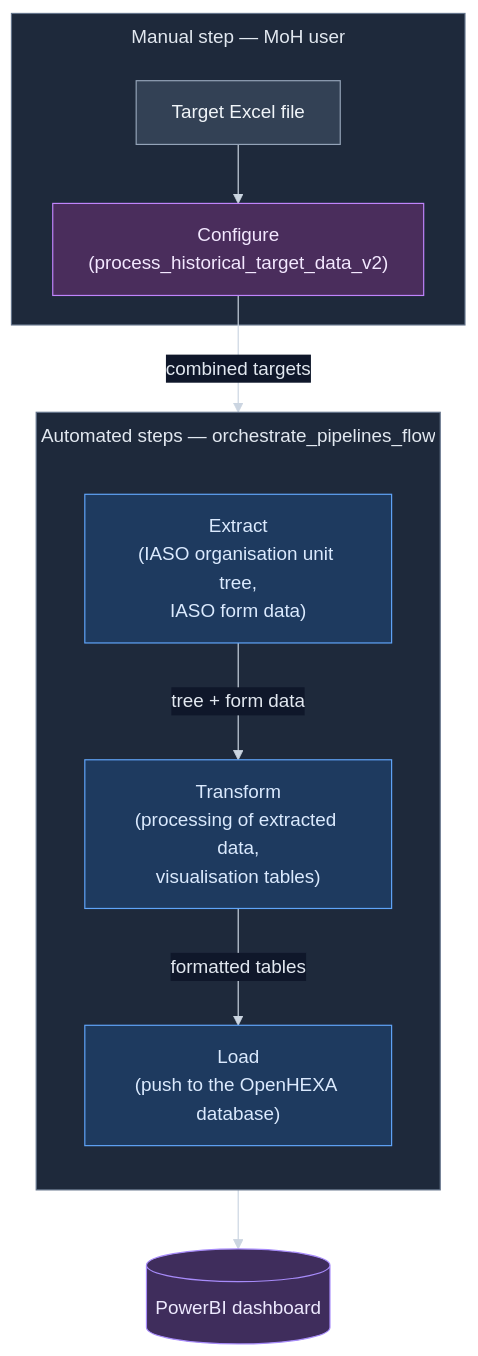
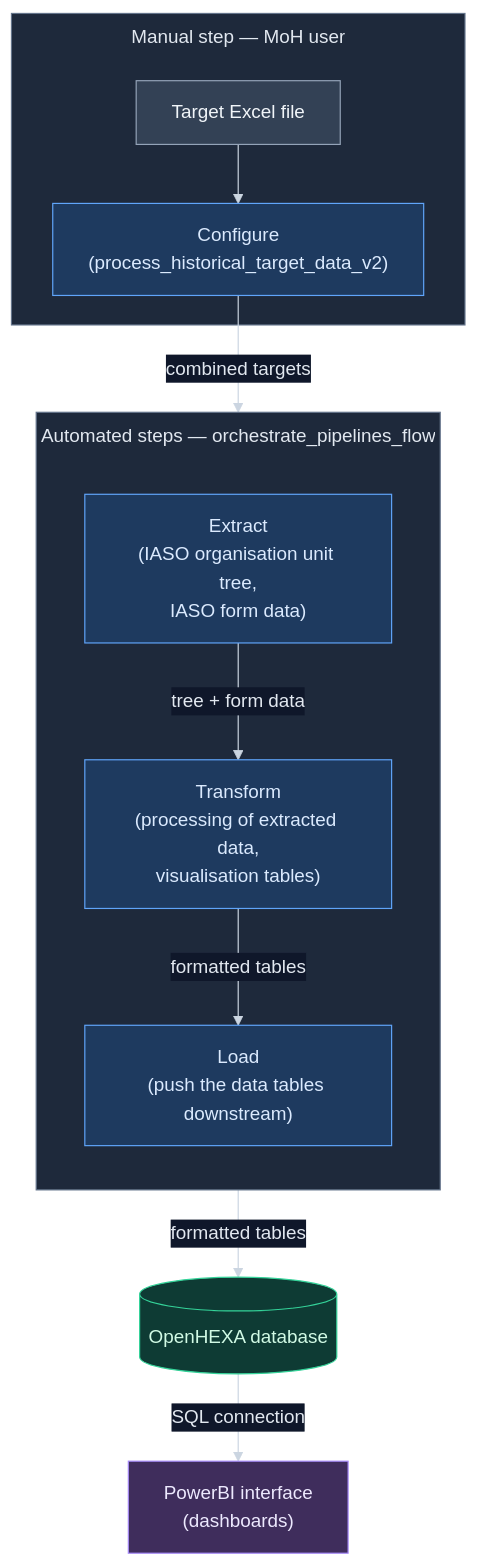
The diagram in docs/ARCHITECTURE.md (BLSQ/openhexa-pipelines-risp-niger-multicampaign), drawn with Mermaid before and after one commit. The commit also changed other lines of this file, not shown here.

Commit message:
adjusted flowchart of ARCHITECTURE

````diff
--- a/docs/ARCHITECTURE.md
+++ b/docs/ARCHITECTURE.md
@@ -111,44 +111,46 @@
 ```mermaid
 %%{init: {
   "theme": "base",
   "themeVariables": {
     "background": "#0f172a",
     "primaryColor": "#1e293b",
     "primaryTextColor": "#e2e8f0",
     "primaryBorderColor": "#94a3b8",
     "lineColor": "#cbd5e1",
     "textColor": "#e2e8f0",
     "clusterBkg": "#1e293b",
     "clusterBorder": "#64748b",
     "edgeLabelBackground": "#0f172a",
     "tertiaryTextColor": "#e2e8f0",
     "fontSize": "16px"
   },
   "flowchart": {"subGraphTitleMargin": {"top": 8, "bottom": 24}}
 }}%%
 flowchart TD
     subgraph MANUAL["Manual step — MoH user"]
         EXCEL["Target Excel file"]
         CONFIGURE["Configure<br/>(process_historical_target_data_v2)"]
         EXCEL --> CONFIGURE
     end
 
     subgraph AUTO["Automated steps — orchestrate_pipelines_flow"]
         direction TB
         EXTRACT["Extract<br/>(IASO organisation unit tree,<br/>IASO form data)"]
         TRANSFORM["Transform<br/>(processing of extracted data,<br/>visualisation tables)"]
-        LOAD["Load<br/>(push to the OpenHEXA database)"]
+        LOAD["Load<br/>(push the data tables downstream)"]
         EXTRACT -->|"tree + form data"| TRANSFORM
         TRANSFORM -->|"formatted tables"| LOAD
     end
 
     CONFIGURE -->|"combined targets"| TRANSFORM
-    LOAD --> DASHBOARD[("PowerBI dashboard")]
+    LOAD -->|"formatted tables"| DB[("OpenHEXA database")]
+    DB -->|"SQL connection"| DASHBOARD["PowerBI interface<br/>(dashboards)"]
 
     style EXCEL fill:#334155,stroke:#94a3b8,color:#f1f5f9
-    style CONFIGURE fill:#4a2d5c,stroke:#c084fc,color:#f3e8ff
+    style CONFIGURE fill:#1e3a5f,stroke:#60a5fa,color:#dbeafe
     style EXTRACT fill:#1e3a5f,stroke:#60a5fa,color:#dbeafe
     style TRANSFORM fill:#1e3a5f,stroke:#60a5fa,color:#dbeafe
     style LOAD fill:#1e3a5f,stroke:#60a5fa,color:#dbeafe
+    style DB fill:#0e3b34,stroke:#34d399,color:#d1fae5
     style DASHBOARD fill:#3f2d5c,stroke:#a78bfa,color:#ede9fe
 ```
````
